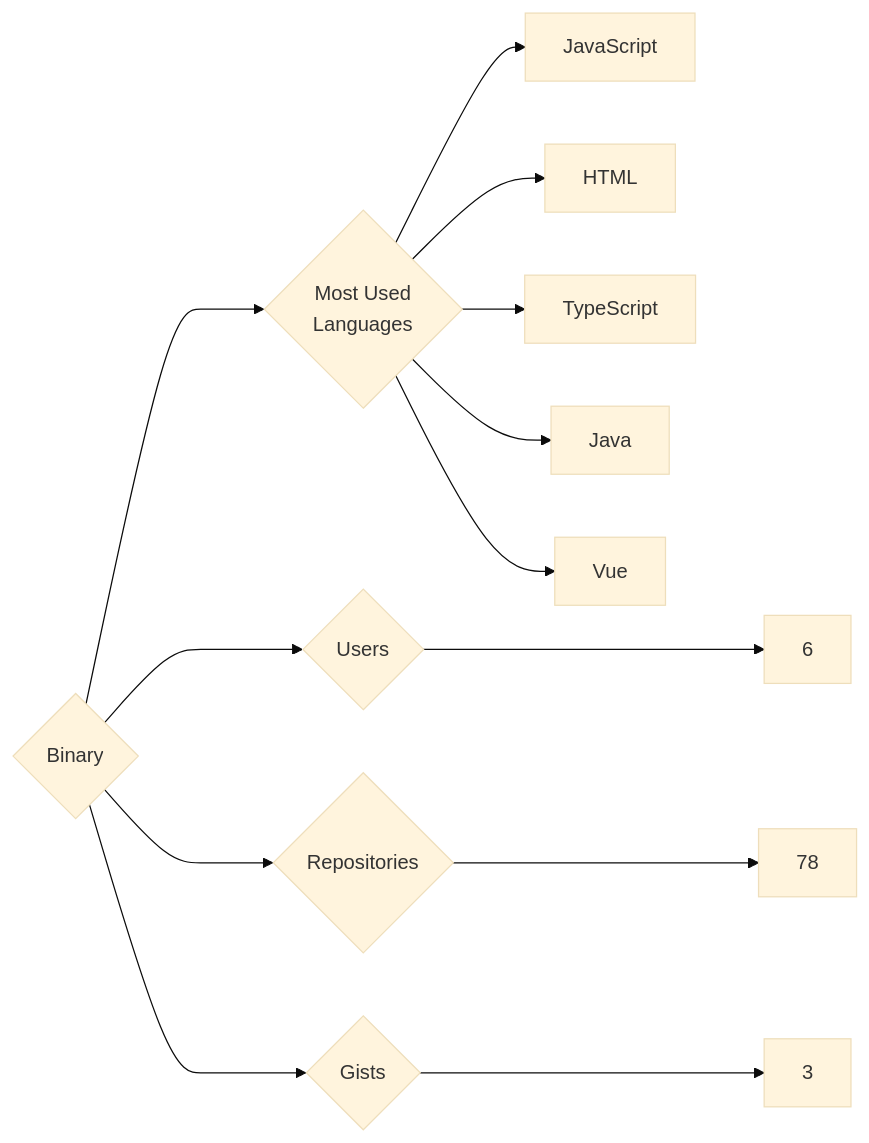
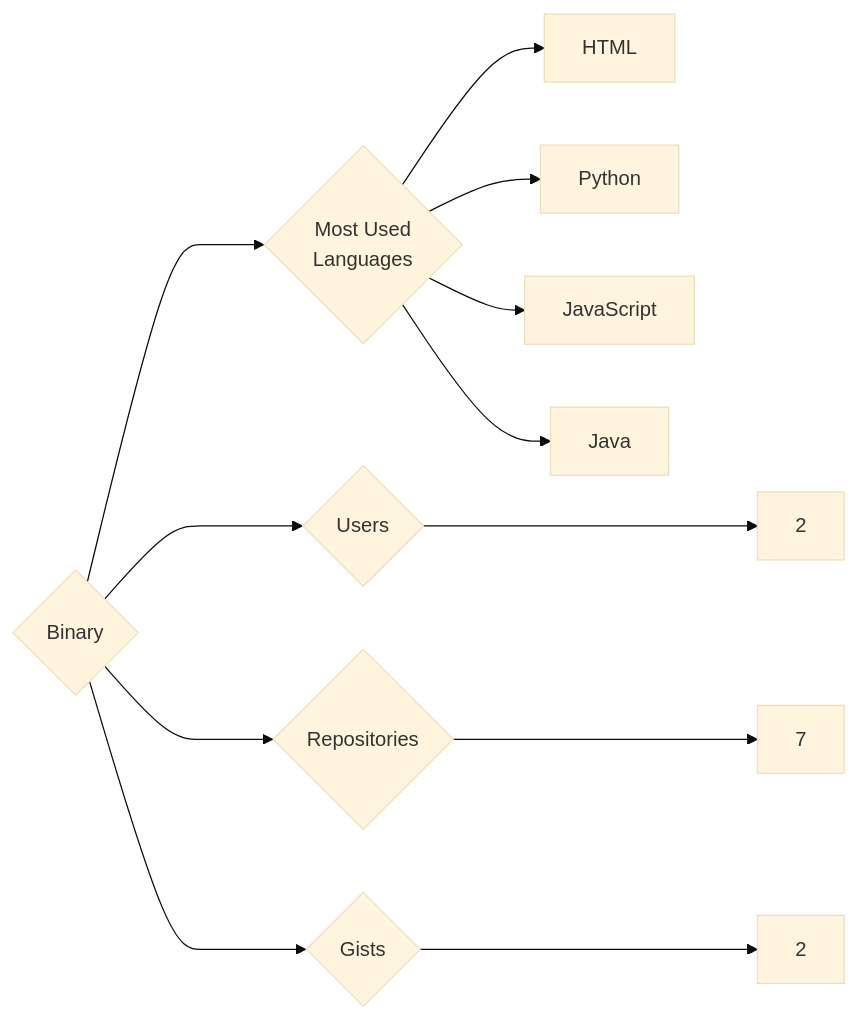
Before and after one commit to trickest/insiders: the diagram in targets/Binary/README.md, drawn with Mermaid (base theme). The commit also changed 815 other files, not shown here.

````diff
--- a/targets/Binary/README.md
+++ b/targets/Binary/README.md
@@ -3,13 +3,12 @@
 ```mermaid
 graph LR
 COMPANY_NAME{Binary}
-COMPANY_NAME ---> U{Users} ---> UN[6]
-COMPANY_NAME ---> R{Repositories} ---> RN[78]
-COMPANY_NAME ---> G{Gists} ---> GN[3]
+COMPANY_NAME ---> U{Users} ---> UN[2]
+COMPANY_NAME ---> R{Repositories} ---> RN[7]
+COMPANY_NAME ---> G{Gists} ---> GN[2]
 COMPANY_NAME ---> ML{Most Used<br>Languages}
+ML --> HTML[HTML]
+ML --> Python[Python]
 ML --> JavaScript[JavaScript]
-ML --> HTML[HTML]
-ML --> TypeScript[TypeScript]
 ML --> Java[Java]
-ML --> Vue[Vue]
 ```
````
